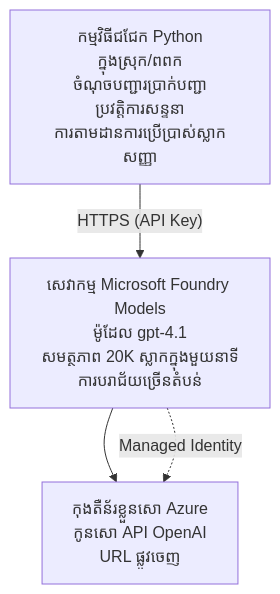
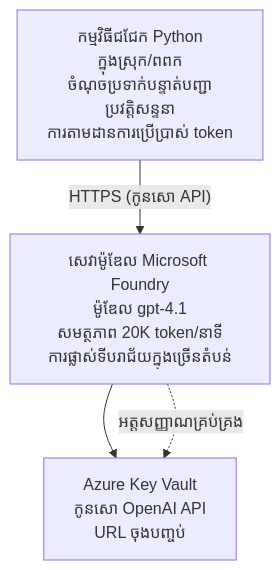
The diagram in translations/km/examples/azure-openai-chat/README.md (microsoft/AZD-for-beginners), drawn with Mermaid before and after one commit. The commit also changed other lines of this file and 34 other files, not shown here.

````diff
--- a/translations/km/examples/azure-openai-chat/README.md
+++ b/translations/km/examples/azure-openai-chat/README.md
@@ -26,6 +26,6 @@
 ```mermaid
 graph TD
-    App[កម្មវិធីជជែក Python<br/>ក្នុងស្រុក/ពពក<br/>ចំណុចបញ្ជារប្រាក់បញ្ជា<br/>ប្រវត្តិការសន្ទនា<br/>ការតាមដានការប្រើប្រាស់ស្លាកសញ្ញា] -- "HTTPS (API Key)" --> Foundry[សេវាកម្ម Microsoft Foundry Models<br/>ម៉ូដែល gpt-4.1<br/>សមត្ថភាព 20K ស្លាកក្នុងមួយនាទី<br/>ការបរាជ័យច្រើនតំបន់]
-    Foundry --> KV[កុងតឺន័រខ្លួនសោ Azure<br/>កូនសោ API OpenAI<br/>URL ផ្លូវចេញ]
-    Foundry -. Managed Identity .-> KV
+    App[កម្មវិធីជជែក Python<br/>ក្នុងស្រុក/ពពក<br/>ចំណុចប្រទាក់បន្ទាត់បញ្ជា<br/>ប្រវត្តិសន្ទនា<br/>ការតាមដានការប្រើប្រាស់ token] -- "HTTPS (កូនសោ API)" --> Foundry[សេវាម៉ូឌែល Microsoft Foundry<br/>ម៉ូឌែល gpt-4.1<br/>សមត្ថភាព 20K token/នាទី<br/>ការផ្លាស់ទីបរាជ័យក្នុងច្រើនតំបន់]
+    Foundry --> KV[Azure Key Vault<br/>កូនសោ OpenAI API<br/>URL ចុងបញ្ចប់]
+    Foundry -. អត្តសញ្ញាណគ្រប់គ្រង .-> KV
 ```
````
